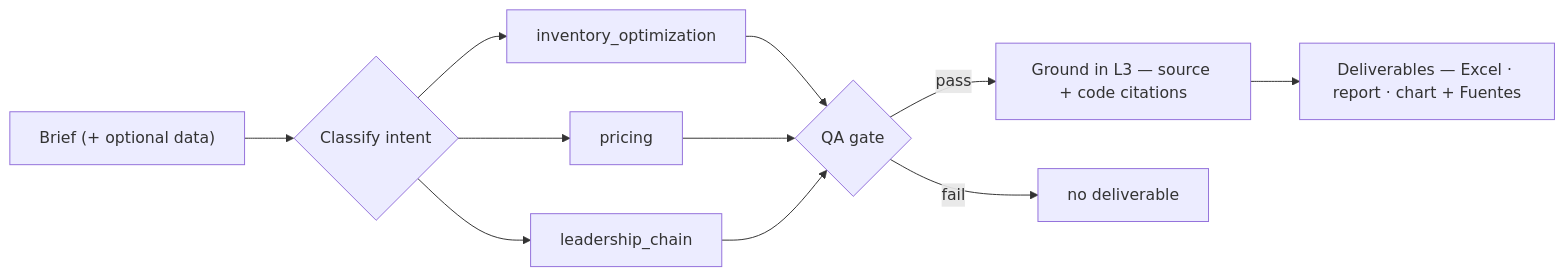
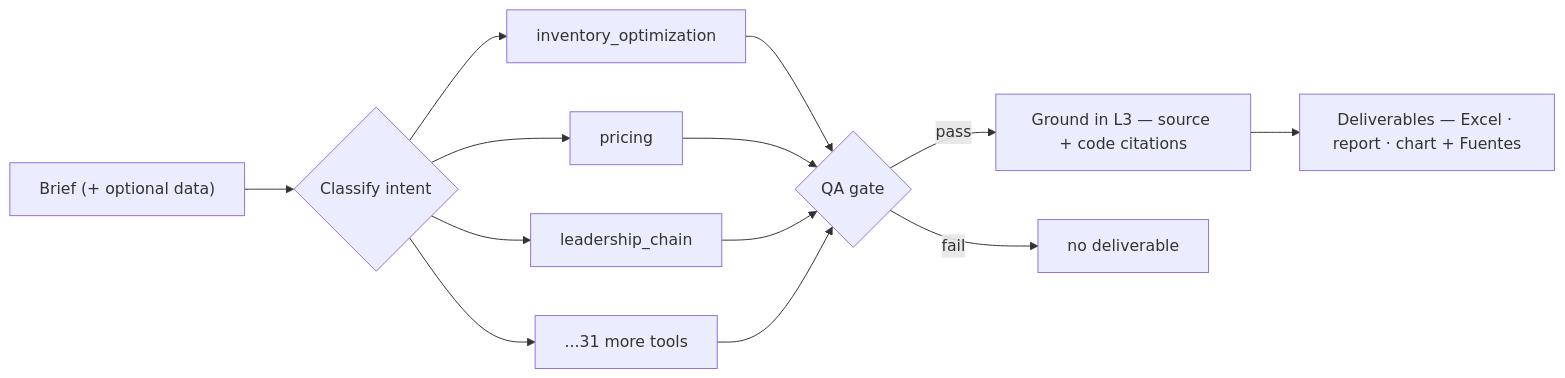
One commit to esstipi-debug/kern changed the first of 2 diagrams in README.md. Above: the diagram before and after it, drawn with Mermaid. The commit also changed other lines of this file and 4 other files, not shown here.

````diff
--- a/README.md
+++ b/README.md
@@ -27,13 +27,15 @@
 ```mermaid
 flowchart LR
   A["Brief (+ optional data)"] --> C{"Classify intent"}
   C --> I["inventory_optimization"]
   C --> P["pricing"]
   C --> L["leadership_chain"]
+  C --> M["...31 more tools"]
   I --> Q{"QA gate"}
   P --> Q
   L --> Q
+  M --> Q
   Q -->|pass| G["Ground in L3 — source + code citations"]
   G --> D["Deliverables — Excel · report · chart + Fuentes"]
   Q -->|fail| N["no deliverable"]
 ```
````
